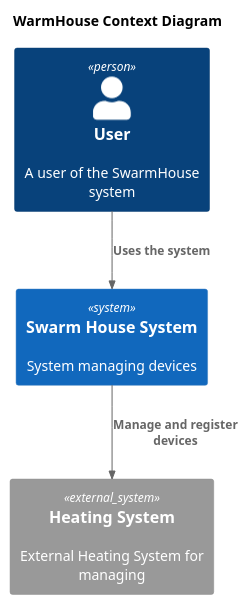
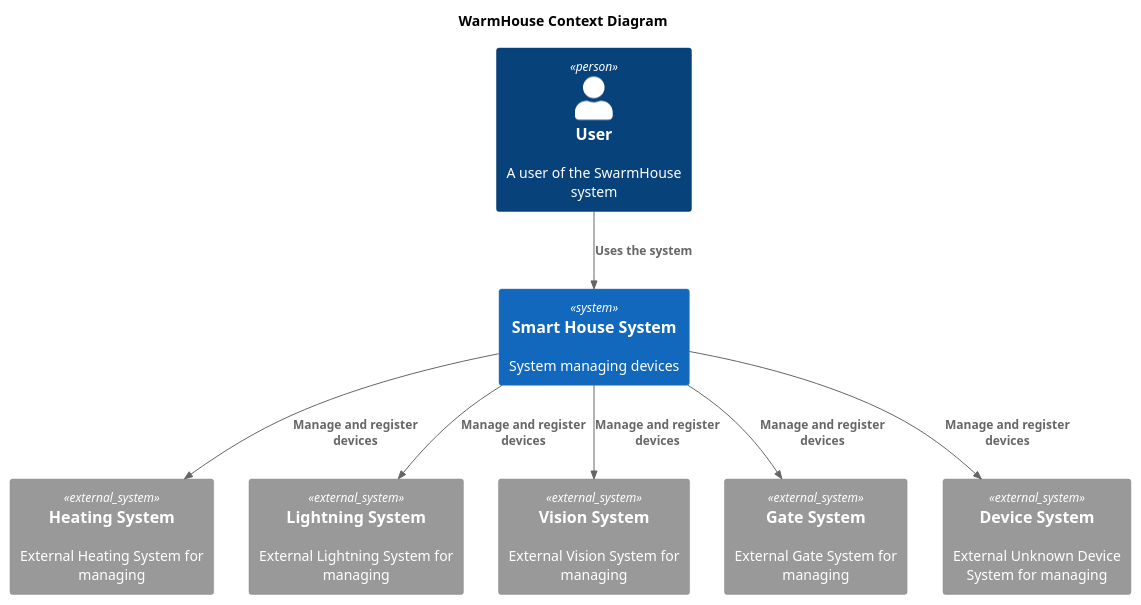
One commit to Ka44aH/architecture-warmhouse changed the diagram in diagrams/context/context.puml. Above: the diagram before and after it, drawn with PlantUML. The commit also changed 6 other files, not shown here.

Commit message:
sprint-1: task-2 add context and container diagram

```diff
--- a/diagrams/context/context.puml
+++ b/diagrams/context/context.puml
@@ -1,17 +1,24 @@
 @startuml
 title WarmHouse Context Diagram
 
 top to bottom direction
 
 !includeurl https://raw.githubusercontent.com/RicardoNiepel/C4-PlantUML/master/C4_Component.puml
 
 Person(user, "User", "A user of the SwarmHouse system")
-Person(user, "User", "A user of the SwarmHouse system")
-System(SwarmHouseSystem, "Swarm House System", "System managing devices")
+System(SwarmHouseSystem, "Smart House System", "System managing devices")
 
-System_Ext(HeatingSystem, "Heating System", "External Heating System for managing")
+System_Ext(HeatingSystemExt, "Heating System", "External Heating System for managing")
+System_Ext(LightingSystemExt, "Lightning System", "External Lightning System for managing")
+System_Ext(VisionSystemExt, "Vision System", "External Vision System for managing")
+System_Ext(GateSystemExt, "Gate System", "External Gate System for managing")
+System_Ext(UnknownDeviceSystemExt, "Device System", "External Unknown Device System for managing")
 
 Rel(user, SwarmHouseSystem, "Uses the system")
-Rel(SwarmHouseSystem,HeatingSystem,"Manage and register devices")
+Rel(SwarmHouseSystem, HeatingSystemExt, "Manage and register devices")
+Rel(SwarmHouseSystem, LightingSystemExt, "Manage and register devices")
+Rel(SwarmHouseSystem, VisionSystemExt, "Manage and register devices")
+Rel(SwarmHouseSystem, GateSystemExt, "Manage and register devices")
+Rel(SwarmHouseSystem, UnknownDeviceSystemExt, "Manage and register devices")
 
 @enduml
```
